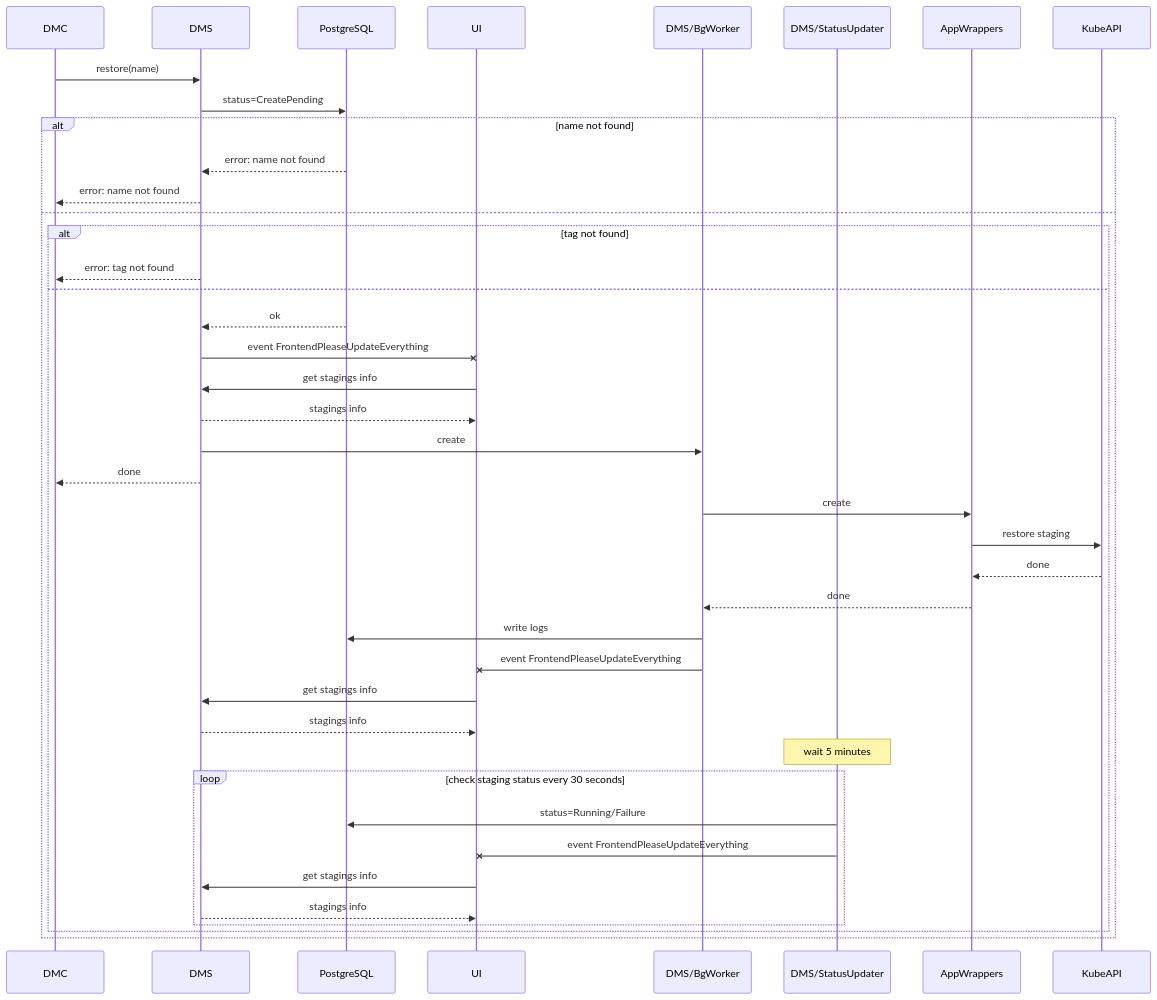
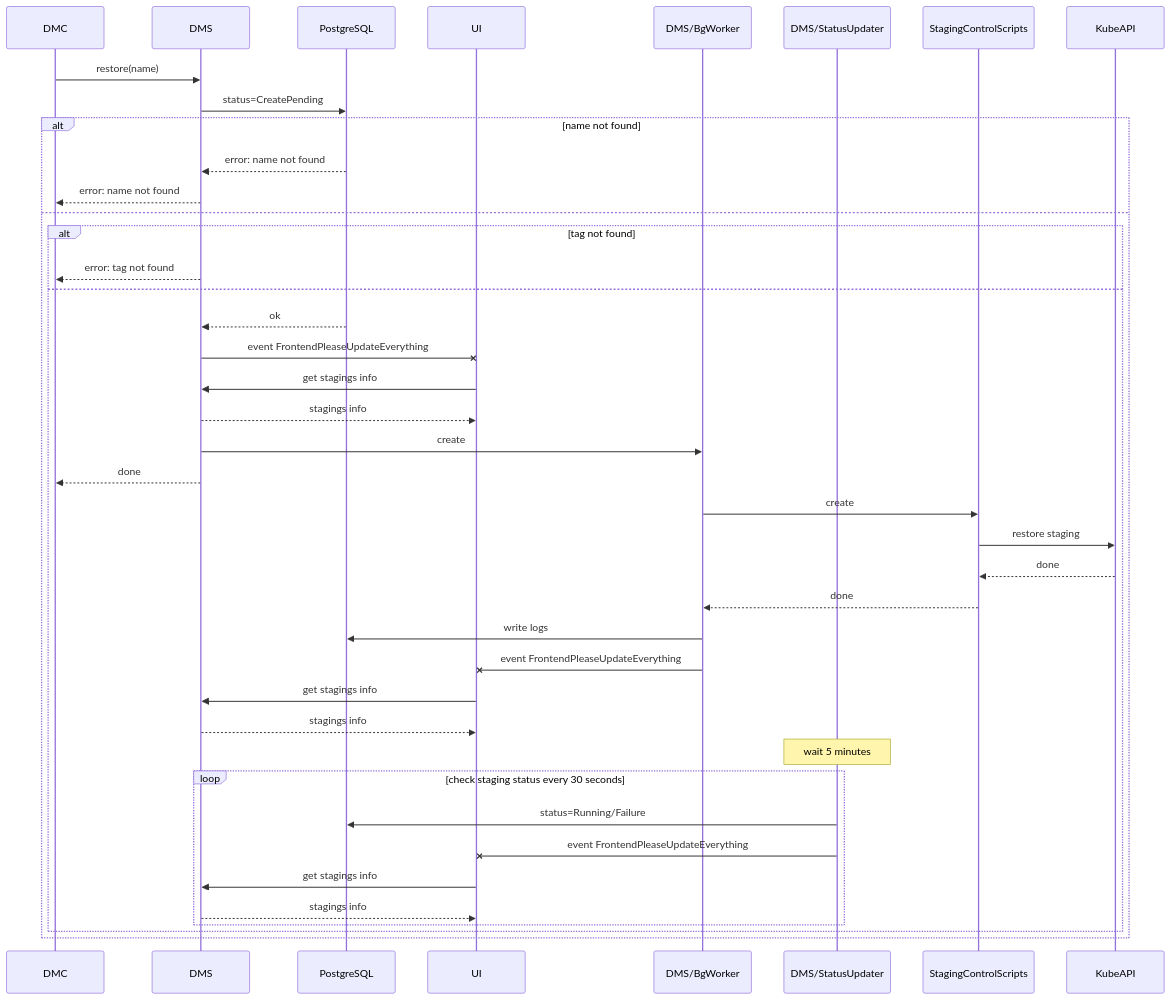
The diagram in docs/diagrams/src/technical-architecture-restore-via-cli.mmd (typeable/octopod), drawn with Mermaid before and after one commit. The commit also changed 22 other files, not shown here.

Commit message:
rename 'app wrappers' to 'staging control scripts'

```diff
--- a/docs/diagrams/src/technical-architecture-restore-via-cli.mmd
+++ b/docs/diagrams/src/technical-architecture-restore-via-cli.mmd
@@ -1,41 +1,41 @@
 sequenceDiagram
     participant DMC
     participant DMS
     participant PostgreSQL
     participant UI
     participant DMS/BgWorker
     participant DMS/StatusUpdater
-    participant AppWrappers
+    participant StagingControlScripts
     participant KubeAPI
     DMC->>DMS: restore(name)
     DMS->>PostgreSQL: status=CreatePending
     alt name not found
         PostgreSQL-->>DMS: error: name not found
         DMS-->>DMC: error: name not found
     else
         alt tag not found
             DMS-->>DMC: error: tag not found
         else
             PostgreSQL-->>DMS: ok
             DMS-xUI: event FrontendPleaseUpdateEverything
             UI->>DMS: get stagings info
             DMS-->>UI: stagings info
             DMS->>DMS/BgWorker: create
             DMS-->>DMC: done
-            DMS/BgWorker->>AppWrappers: create
-            AppWrappers->>KubeAPI: restore staging
-            KubeAPI-->>AppWrappers: done
-            AppWrappers-->>DMS/BgWorker: done
+            DMS/BgWorker->>StagingControlScripts: create
+            StagingControlScripts->>KubeAPI: restore staging
+            KubeAPI-->>StagingControlScripts: done
+            StagingControlScripts-->>DMS/BgWorker: done
             DMS/BgWorker->>PostgreSQL: write logs
             DMS/BgWorker-xUI: event FrontendPleaseUpdateEverything
             UI->>DMS: get stagings info
             DMS-->>UI: stagings info
             Note over DMS/StatusUpdater: wait 5 minutes
             loop check staging status every 30 seconds
                 DMS/StatusUpdater->>PostgreSQL: status=Running/Failure
                 DMS/StatusUpdater-xUI: event FrontendPleaseUpdateEverything
                 UI->>DMS: get stagings info
                 DMS-->>UI: stagings info
             end
         end
     end
```
